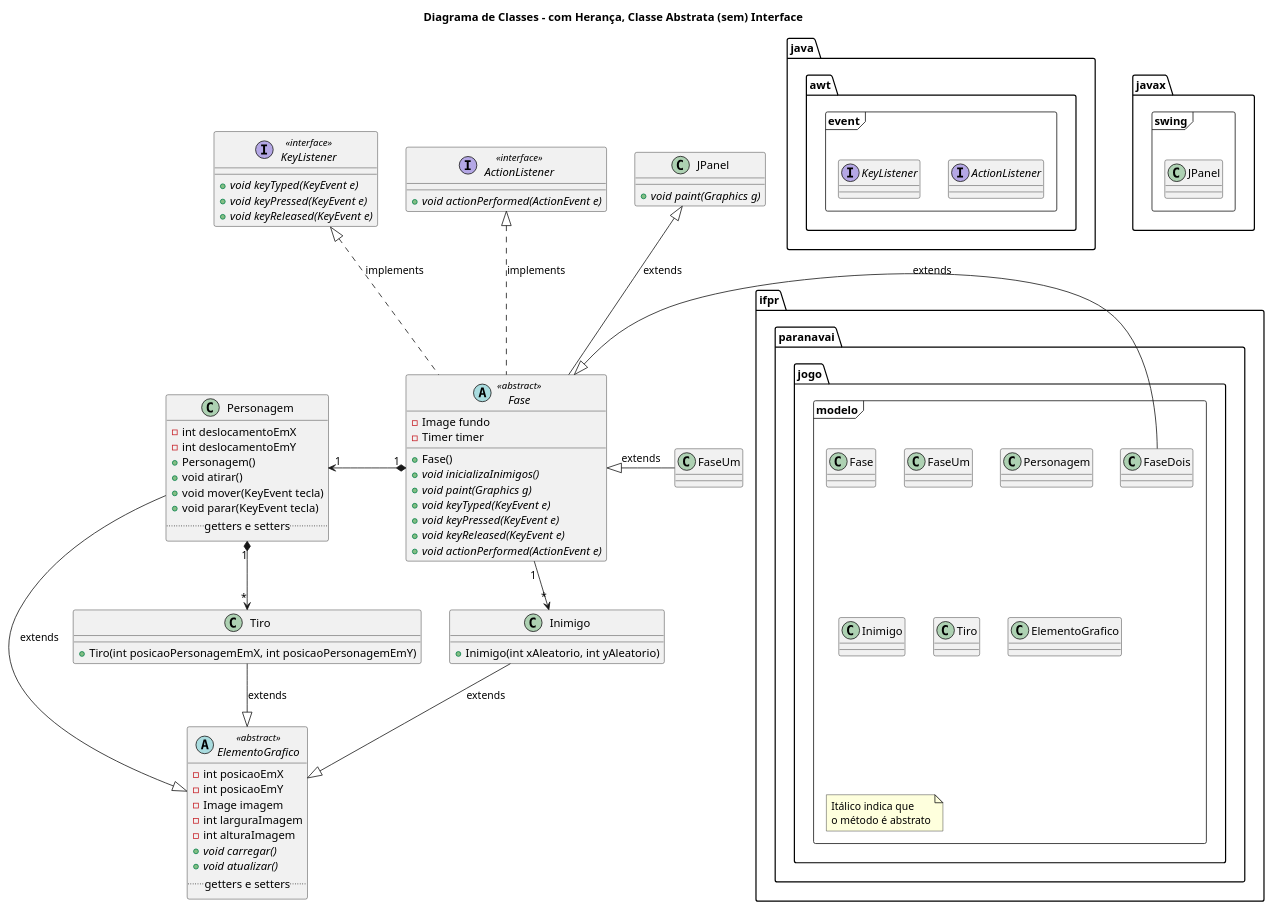
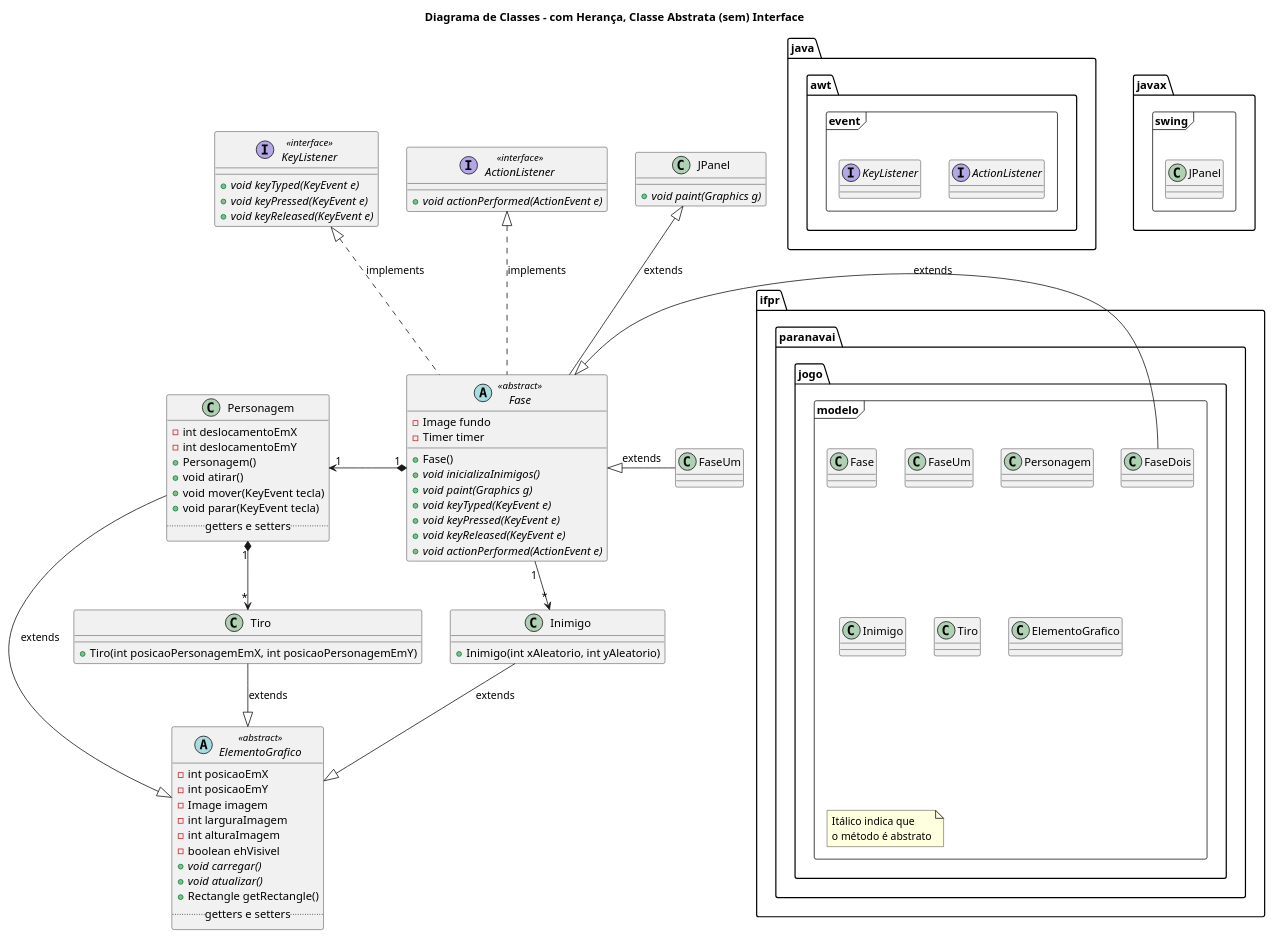
Before and after one commit to terenciani/jogo-2d-ifpr-2023: the diagram in uml/diagrama-classe.puml, drawn with PlantUML. The commit also changed 1 other file, not shown here.

```diff
--- a/uml/diagrama-classe.puml
+++ b/uml/diagrama-classe.puml
@@ -1,100 +1,102 @@
 @startuml
 
 title Diagrama de Classes - com Herança, Classe Abstrata (sem) Interface
 
 package ifpr.paranavai.jogo.modelo <<Frame>> {
     class Fase
     class FaseUm
     class FaseDois
     class Personagem
     class Inimigo
     class Tiro
     class ElementoGrafico
     note "Itálico indica que\no método é abstrato" as N1
 }
 
 package java.awt.event <<Frame>> {
     interface ActionListener
     interface KeyListener
 }
 
 
 package javax.swing <<Frame>> {
   class JPanel
 }
 
 abstract class ElementoGrafico <<abstract>> {
     -int posicaoEmX
     -int posicaoEmY
     -Image imagem
     -int larguraImagem
-    -int alturaImagem    
+    -int alturaImagem 
+    -boolean ehVisivel   
     +{abstract} void carregar()
     +{abstract} void atualizar()
+    +Rectangle getRectangle()
     .. getters e setters ..
 }
 
 abstract class Fase <<abstract>>{
     -Image fundo
     -Timer timer
     +Fase()
     +{abstract} void inicializaInimigos()
     +{abstract} void paint(Graphics g)
     +{abstract} void keyTyped(KeyEvent e)
     +{abstract} void keyPressed(KeyEvent e)
     +{abstract} void keyReleased(KeyEvent e)
     +{abstract} void actionPerformed(ActionEvent e)
 }
 
 class Personagem{
     -int deslocamentoEmX
     -int deslocamentoEmY
     +Personagem()
     +void atirar()
     +void mover(KeyEvent tecla)
     +void parar(KeyEvent tecla)
     .. getters e setters ..
 }
 
 class Inimigo{
     +Inimigo(int xAleatorio, int yAleatorio)
 }
 
 class Tiro {
     +Tiro(int posicaoPersonagemEmX, int posicaoPersonagemEmY)
 }
 
 class FaseUm {    
     
 }
 
 class JPanel{
     +{abstract} void paint(Graphics g)
 }
 interface ActionListener <<interface>> {
     +{abstract} void actionPerformed(ActionEvent e)
 }
 
 interface KeyListener <<interface>> {
     +{abstract} void keyTyped(KeyEvent e)
     +{abstract} void keyPressed(KeyEvent e)
     +{abstract} void keyReleased(KeyEvent e)
 }
 
 Fase -up-|> JPanel: extends
 Fase -up.|> ActionListener: implements
 Fase -up.|> KeyListener: implements
 FaseUm -left-|> Fase: extends
 FaseDois -left-|> Fase: extends
 
 
 Fase "1" *-left-> "1" Personagem
 Inimigo "*" <-up- "1" Fase
 
 Personagem "1" *--> "*" Tiro
 Personagem --|> ElementoGrafico: extends
 
 Tiro --|> ElementoGrafico: extends
 
 Inimigo --|> ElementoGrafico: extends
 @enduml
```
